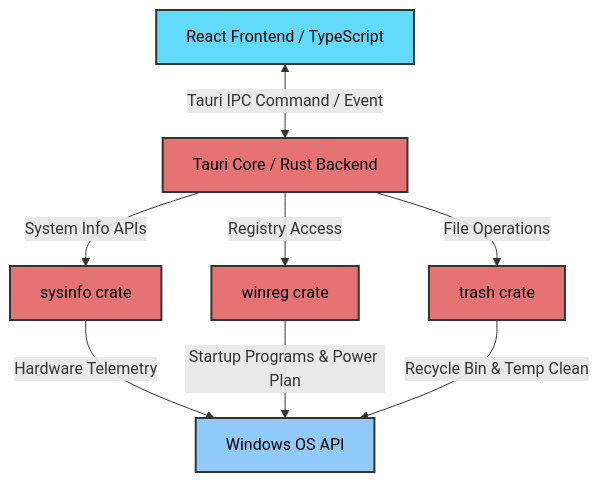
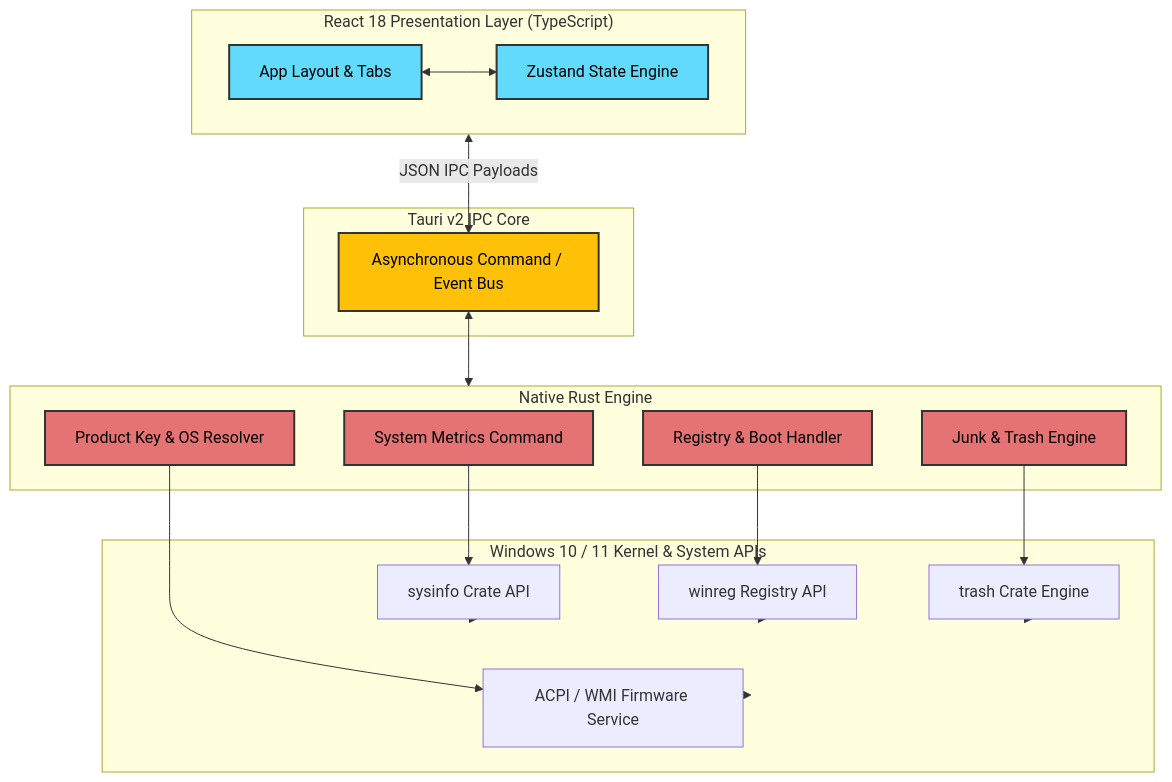
One commit to MuhammadAlif09/Cpulse changed the diagram in README.md. Above: the diagram before and after it, drawn with Mermaid. The commit also changed other lines of this file and 48 other files, not shown here.

````diff
--- a/README.md
+++ b/README.md
@@ -49,21 +167,53 @@
 ```mermaid
 graph TD
-    %% Nodes
-    UI[React Frontend / TypeScript] <-->|Tauri IPC Command / Event| Tauri[Tauri Core / Rust Backend]
-    Tauri -->|System Info APIs| Sysinfo[sysinfo crate]
-    Tauri -->|Registry Access| Winreg[winreg crate]
-    Tauri -->|File Operations| Trash[trash crate]
+    %% Frontend Layer
+    subgraph Frontend["React 18 Presentation Layer (TypeScript)"]
+        UI[App Layout & Tabs]
+        Store[Zustand State Engine]
+        UI <--> Store
+    end
+
+    %% Tauri Bridge
+    subgraph Bridge["Tauri v2 IPC Core"]
+        IPC[Asynchronous Command / Event Bus]
+    end
+
+    %% Rust Core Backend
+    subgraph Backend["Native Rust Engine"]
+        SysCmd[System Metrics Command]
+        CleanCmd[Junk & Trash Engine]
+        RegCmd[Registry & Boot Handler]
+        KeyCmd[Product Key & OS Resolver]
+    end
+
+    %% OS Layer
+    subgraph OS["Windows 10 / 11 Kernel & System APIs"]
+        SysInfoAPI[sysinfo Crate API]
+        WinRegAPI[winreg Registry API]
+        TrashAPI[trash Crate Engine]
+        WmiAPI[ACPI / WMI Firmware Service]
+    end
+
+    Frontend <-->|JSON IPC Payloads| IPC
+    IPC <--> Backend
     
-    Sysinfo -->|Hardware Telemetry| WinOS[Windows OS API]
-    Winreg -->|Startup Programs & Power Plan| WinOS
-    Trash -->|Recycle Bin & Temp Clean| WinOS
+    SysCmd --> SysInfoAPI
+    RegCmd --> WinRegAPI
+    CleanCmd --> TrashAPI
+    KeyCmd --> WmiAPI
 
-    %% Styling
+    SysInfoAPI --> OS
+    WinRegAPI --> OS
+    TrashAPI --> OS
+    WmiAPI --> OS
+
     classDef frontend fill:#61DAFB,stroke:#333,stroke-width:2px,color:#000;
+    classDef bridge fill:#FFC107,stroke:#333,stroke-width:2px,color:#000;
     classDef backend fill:#E57373,stroke:#333,stroke-width:2px,color:#000;
     classDef os fill:#90CAF9,stroke:#333,stroke-width:2px,color:#000;
-    
-    class UI frontend;
-    class Tauri,Sysinfo,Winreg,Trash backend;
-    class WinOS os;
+
+    class UI,Store frontend;
+    class IPC bridge;
+    class SysCmd,CleanCmd,RegCmd,KeyCmd backend;
+    class SysInfoAPI,WinRegAPI,TrashAPI,WmiAPI OS;
 ```
````
